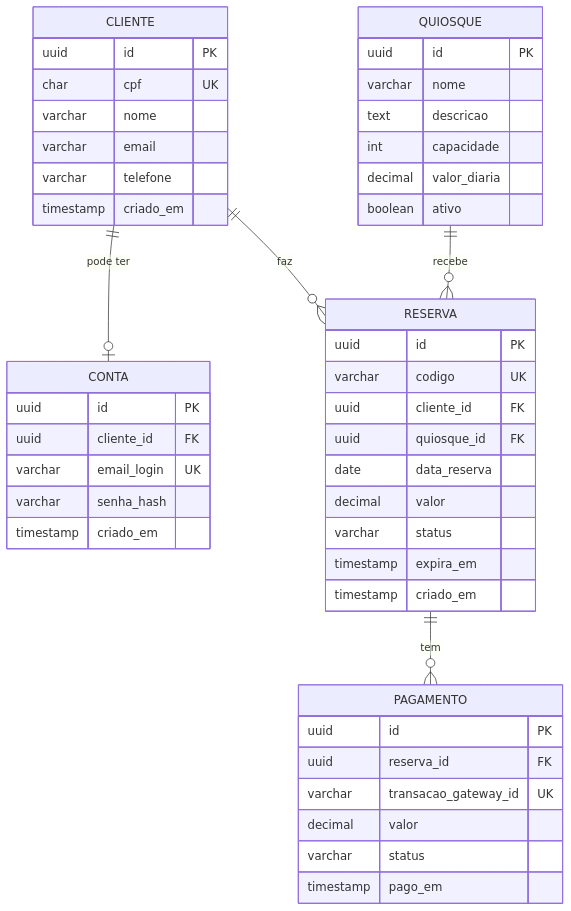
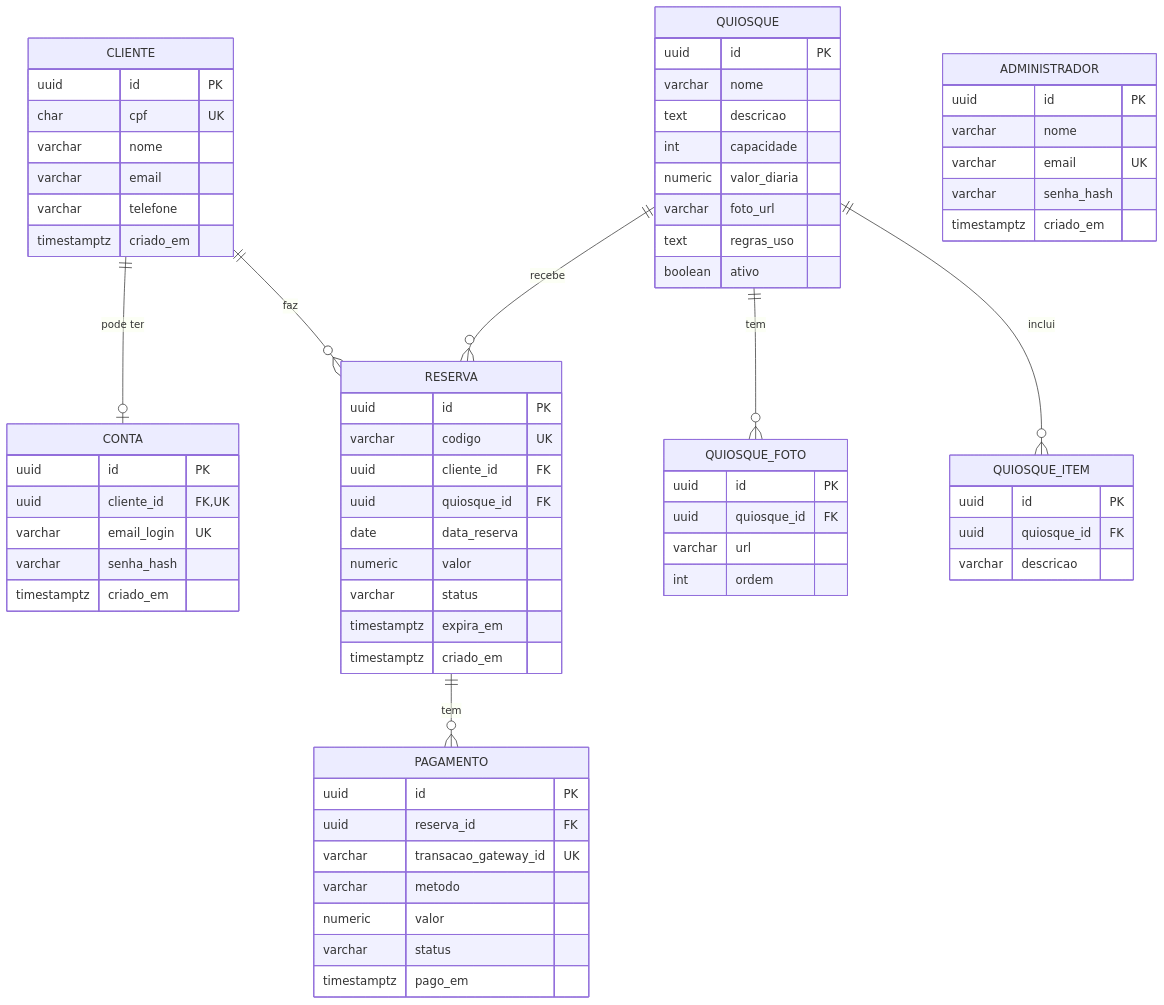
The diagram in docs/05-modelagem-dados.md (WellingtonGr3in/reservaQuiosques), drawn with Mermaid before and after one commit. The commit also changed other lines of this file and 187 other files, not shown here.

````diff
--- a/docs/05-modelagem-dados.md
+++ b/docs/05-modelagem-dados.md
@@ -3,50 +3,74 @@
 ```mermaid
 erDiagram
     CLIENTE ||--o| CONTA : "pode ter"
     CLIENTE ||--o{ RESERVA : "faz"
     QUIOSQUE ||--o{ RESERVA : "recebe"
+    QUIOSQUE ||--o{ QUIOSQUE_FOTO : "tem"
+    QUIOSQUE ||--o{ QUIOSQUE_ITEM : "inclui"
     RESERVA ||--o{ PAGAMENTO : "tem"
+
+    ADMINISTRADOR {
+        uuid id PK
+        varchar nome
+        varchar email UK
+        varchar senha_hash
+        timestamptz criado_em
+    }
 
     CLIENTE {
         uuid id PK
         char cpf UK
         varchar nome
         varchar email
         varchar telefone
-        timestamp criado_em
+        timestamptz criado_em
     }
     CONTA {
         uuid id PK
-        uuid cliente_id FK
+        uuid cliente_id FK, UK
         varchar email_login UK
         varchar senha_hash
-        timestamp criado_em
+        timestamptz criado_em
     }
     QUIOSQUE {
         uuid id PK
         varchar nome
         text descricao
         int capacidade
-        decimal valor_diaria
+        numeric valor_diaria
+        varchar foto_url
+        text regras_uso
         boolean ativo
+    }
+    QUIOSQUE_FOTO {
+        uuid id PK
+        uuid quiosque_id FK
+        varchar url
+        int ordem
+    }
+    QUIOSQUE_ITEM {
+        uuid id PK
+        uuid quiosque_id FK
+        varchar descricao
     }
     RESERVA {
         uuid id PK
         varchar codigo UK
         uuid cliente_id FK
         uuid quiosque_id FK
         date data_reserva
-        decimal valor
+        numeric valor
         varchar status
-        timestamp expira_em
-        timestamp criado_em
+        timestamptz expira_em
+        timestamptz criado_em
     }
     PAGAMENTO {
         uuid id PK
         uuid reserva_id FK
         varchar transacao_gateway_id UK
-        decimal valor
+        varchar metodo
+        numeric valor
         varchar status
-        timestamp pago_em
+        timestamptz pago_em
     }
 ```
````
